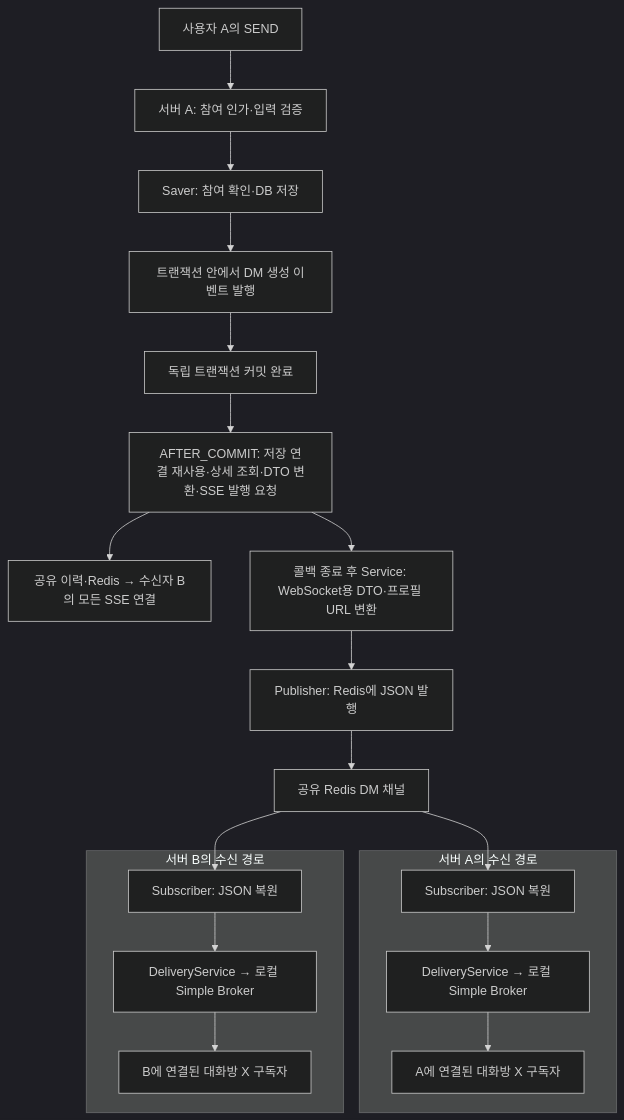
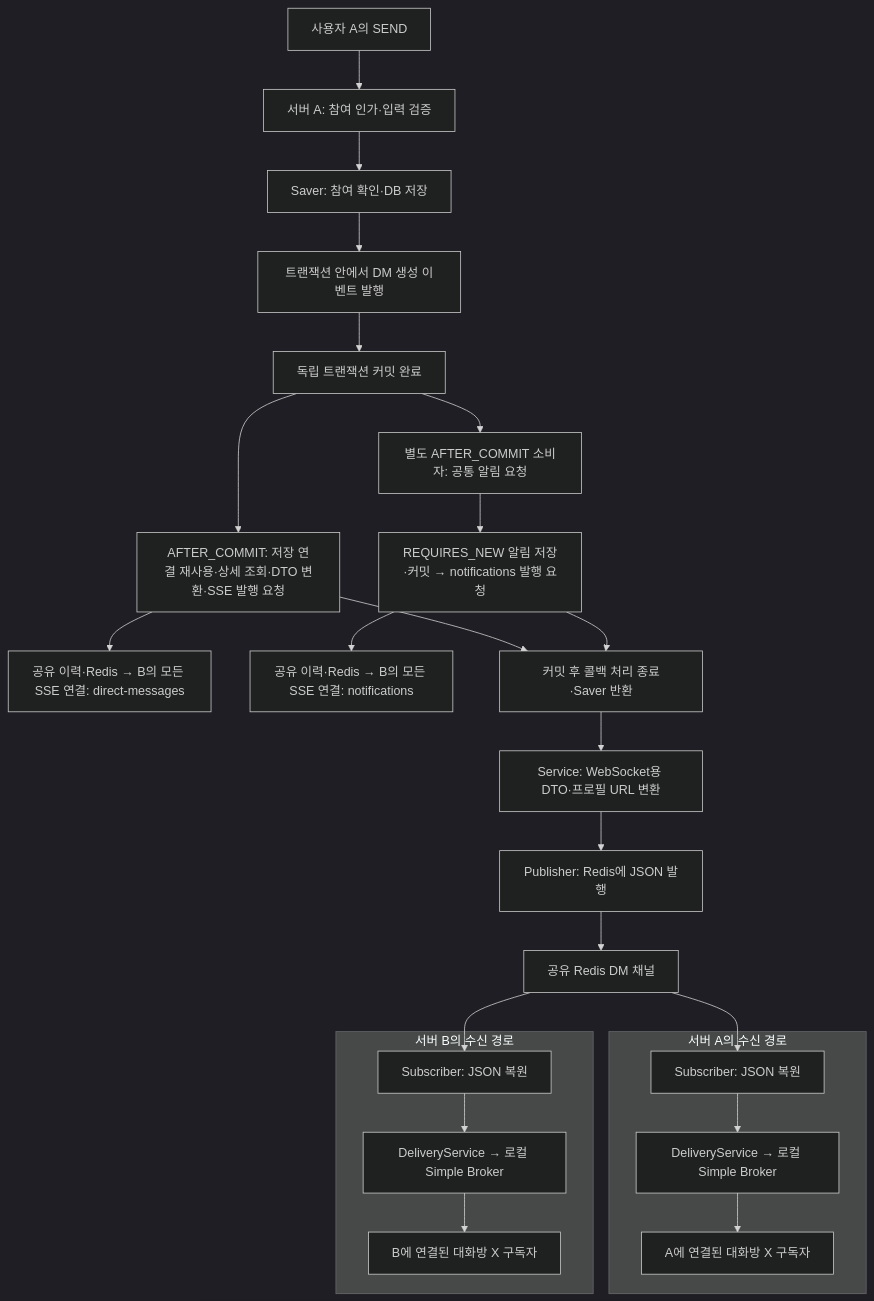
One commit to codeit-backend13-part4-team1/playlist_for_everyone changed the second of 2 diagrams in docs/conversation/00-overall-flow.md. Above: the diagram before and after it, drawn with Mermaid (dark theme). The commit also changed other lines of this file and 13 other files, not shown here.

````diff
--- a/docs/conversation/00-overall-flow.md
+++ b/docs/conversation/00-overall-flow.md
@@ -26,24 +26,29 @@
 ```mermaid
 flowchart TD
     SEND["사용자 A의 SEND"] --> CHECK["서버 A: 참여 인가·입력 검증"]
     CHECK --> SAVE["Saver: 참여 확인·DB 저장"]
     SAVE --> EVENT["트랜잭션 안에서 DM 생성 이벤트 발행"]
     EVENT --> COMMIT["독립 트랜잭션 커밋 완료"]
     COMMIT --> SSE["AFTER_COMMIT: 저장 연결 재사용·상세 조회·DTO 변환·SSE 발행 요청"]
-    SSE --> RECEIVER["공유 이력·Redis → 수신자 B의 모든 SSE 연결"]
-    SSE --> DTO["콜백 종료 후 Service: WebSocket용 DTO·프로필 URL 변환"]
+    COMMIT --> NOTICE["별도 AFTER_COMMIT 소비자: 공통 알림 요청"]
+    NOTICE --> NSAVE["REQUIRES_NEW 알림 저장·커밋 → notifications 발행 요청"]
+    SSE --> RECEIVER["공유 이력·Redis → B의 모든 SSE 연결: direct-messages"]
+    NSAVE --> NRECEIVER["공유 이력·Redis → B의 모든 SSE 연결: notifications"]
+    SSE --> DONE["커밋 후 콜백 처리 종료·Saver 반환"]
+    NSAVE --> DONE
+    DONE --> DTO["Service: WebSocket용 DTO·프로필 URL 변환"]
     DTO --> PUB["Publisher: Redis에 JSON 발행"]
     PUB --> REDIS["공유 Redis DM 채널"]
 
     REDIS --> SA
     REDIS --> SB
 
     subgraph NODE_A["서버 A의 수신 경로"]
         SA["Subscriber: JSON 복원"] --> DA["DeliveryService → 로컬 Simple Broker"]
         DA --> UA["A에 연결된 대화방 X 구독자"]
     end
     subgraph NODE_B["서버 B의 수신 경로"]
         SB["Subscriber: JSON 복원"] --> DB["DeliveryService → 로컬 Simple Broker"]
         DB --> UB["B에 연결된 대화방 X 구독자"]
     end
 ```
````
